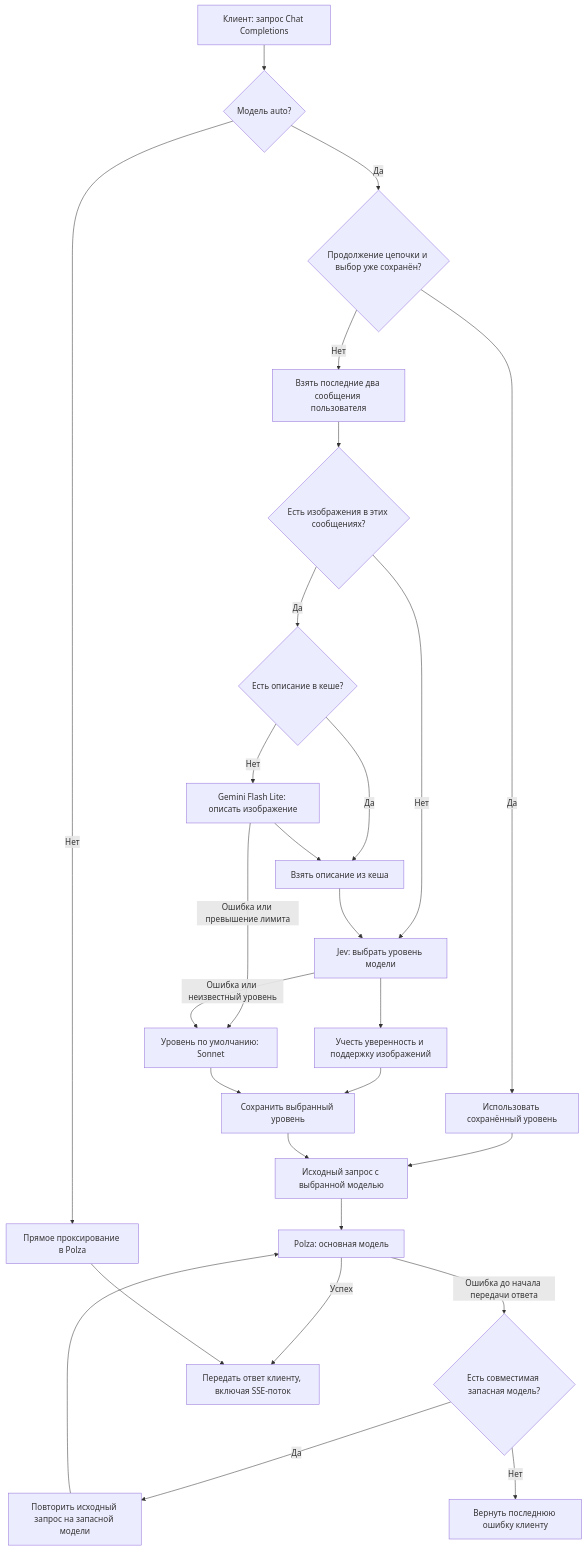
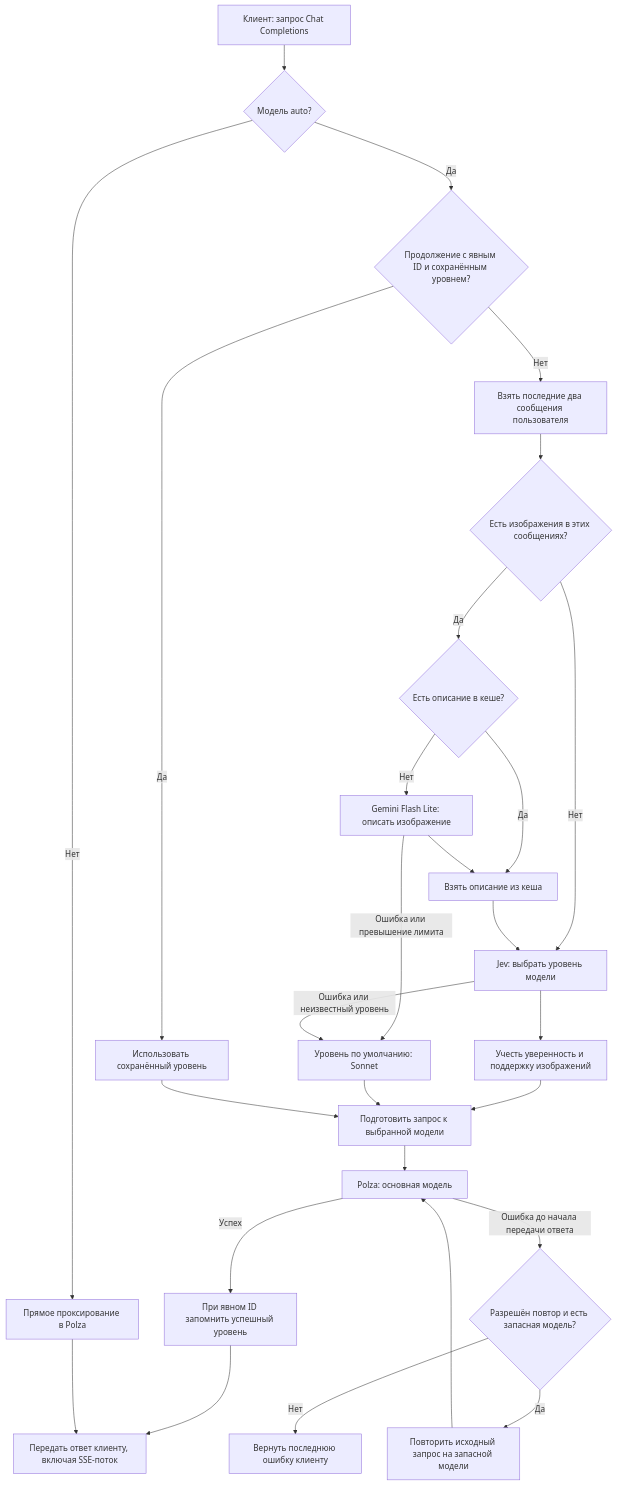
One commit to NotAKes/jev-router changed the diagram in README.md. Above: the diagram before and after it, drawn with Mermaid. The commit also changed other lines of this file and 21 other files, not shown here.

````diff
--- a/README.md
+++ b/README.md
@@ -34,29 +37,29 @@
 ```mermaid
 flowchart TD
     A[Клиент: запрос Chat Completions] --> B{Модель auto?}
     B -- Нет --> U[Прямое проксирование в Polza]
-    B -- Да --> C{Продолжение цепочки и выбор уже сохранён?}
+    B -- Да --> C{Продолжение с явным ID и сохранённым уровнем?}
     C -- Да --> D[Использовать сохранённый уровень]
     C -- Нет --> E[Взять последние два сообщения пользователя]
     E --> F{Есть изображения в этих сообщениях?}
     F -- Нет --> J[Jev: выбрать уровень модели]
     F -- Да --> G{Есть описание в кеше?}
     G -- Да --> H[Взять описание из кеша]
     G -- Нет --> I[Gemini Flash Lite: описать изображение]
     I --> H
     H --> J
     I -- Ошибка или превышение лимита --> K[Уровень по умолчанию: Sonnet]
     J -- Ошибка или неизвестный уровень --> K
     J --> L[Учесть уверенность и поддержку изображений]
-    L --> M[Сохранить выбранный уровень]
-    K --> M
-    D --> N[Исходный запрос с выбранной моделью]
-    M --> N
+    L --> N[Подготовить запрос к выбранной модели]
+    K --> N
+    D --> N
     N --> O[Polza: основная модель]
-    O -- Ошибка до начала передачи ответа --> P{Есть совместимая запасная модель?}
+    O -- Ошибка до начала передачи ответа --> P{Разрешён повтор и есть запасная модель?}
     P -- Да --> Q[Повторить исходный запрос на запасной модели]
     Q --> O
     P -- Нет --> R[Вернуть последнюю ошибку клиенту]
-    O -- Успех --> S[Передать ответ клиенту, включая SSE-поток]
+    O -- Успех --> T[При явном ID запомнить успешный уровень]
+    T --> S[Передать ответ клиенту, включая SSE-поток]
     U --> S
 ```
````
